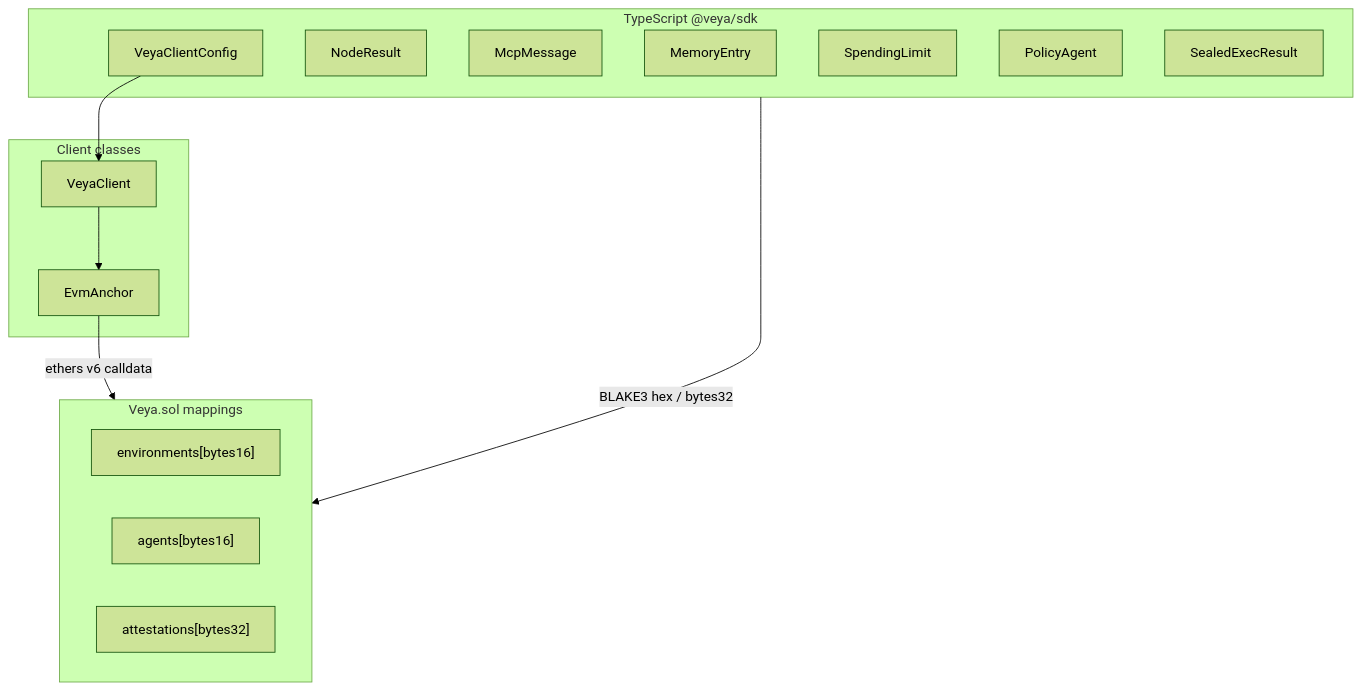
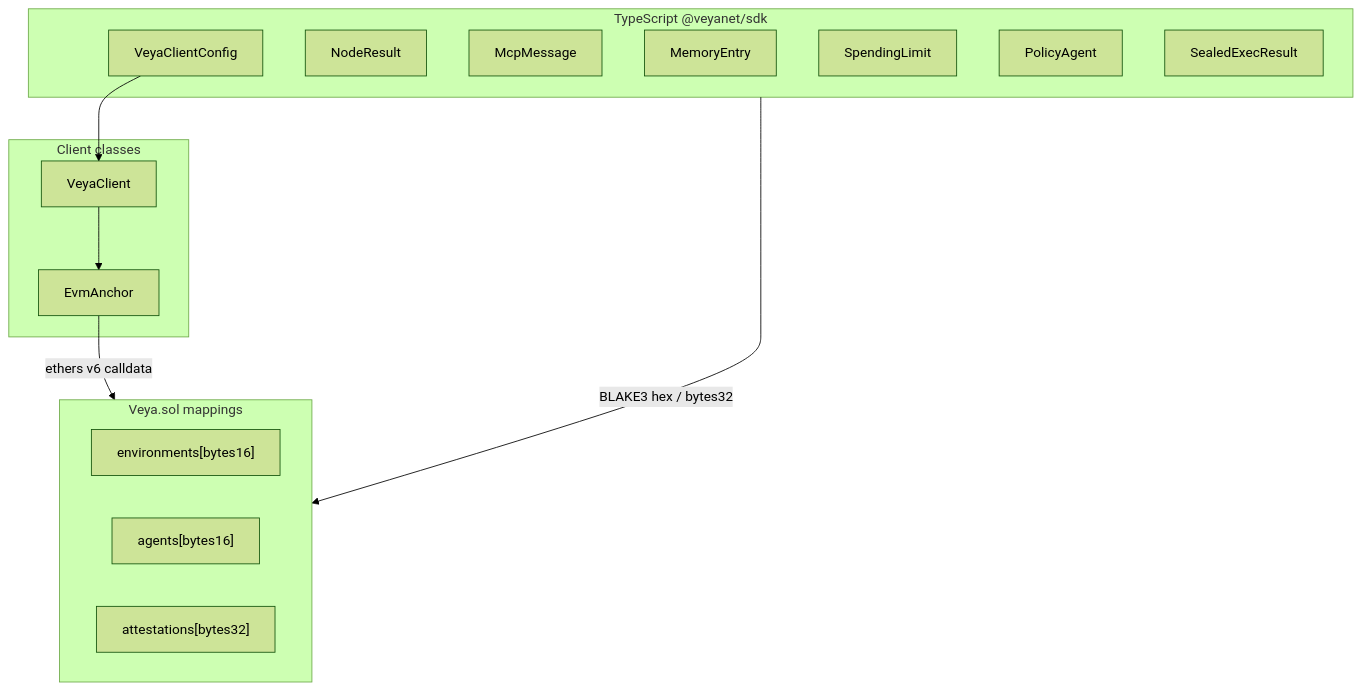
One commit to veyanet/veya-sdk changed the first of 3 diagrams in docs/api/types-reference.md. Above: the diagram before and after it, drawn with Mermaid (forest theme). The commit also changed other lines of this file and 34 other files, not shown here.

Commit message:
refactor(sdk): update package scope to @veyanet/sdk

````diff
--- a/docs/api/types-reference.md
+++ b/docs/api/types-reference.md
@@ -42,28 +42,28 @@
 ```mermaid
 flowchart TB
-    subgraph TS["TypeScript @veya/sdk"]
+    subgraph TS["TypeScript @veyanet/sdk"]
         VCC["VeyaClientConfig"]
         NR["NodeResult"]
         MM["McpMessage"]
         ME["MemoryEntry"]
         SL["SpendingLimit"]
         PA["PolicyAgent"]
         SE["SealedExecResult"]
     end
 
     subgraph Client["Client classes"]
         VC["VeyaClient"]
         EA["EvmAnchor"]
     end
 
     subgraph Chain["Veya.sol mappings"]
         ENV["environments[bytes16]"]
         AG["agents[bytes16]"]
         AT["attestations[bytes32]"]
     end
 
     VCC --> VC
     VC --> EA
     EA -->|"ethers v6 calldata"| Chain
     TS -->|"BLAKE3 hex / bytes32"| Chain
 ```
````
